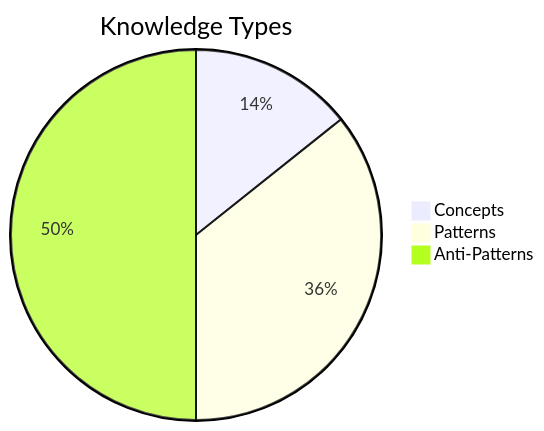
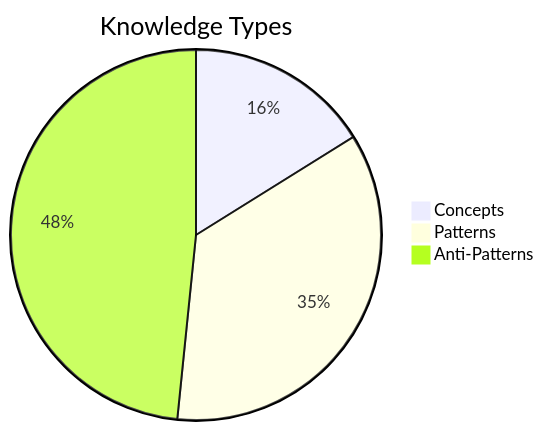
Before and after one commit to kybird/SugarScan: the first of 2 diagrams in doc/wiki/reports/health-2026-09-02.md, drawn with Mermaid. The commit also changed other lines of this file and 6 other files, not shown here.

````diff
--- a/doc/wiki/reports/health-2026-09-02.md
+++ b/doc/wiki/reports/health-2026-09-02.md
@@ -16,6 +16,6 @@
 ```mermaid
 pie title Knowledge Types
-    "Concepts" : 4
-    "Patterns" : 10
-    "Anti-Patterns" : 14
+    "Concepts" : 5
+    "Patterns" : 11
+    "Anti-Patterns" : 15
 ```
````
